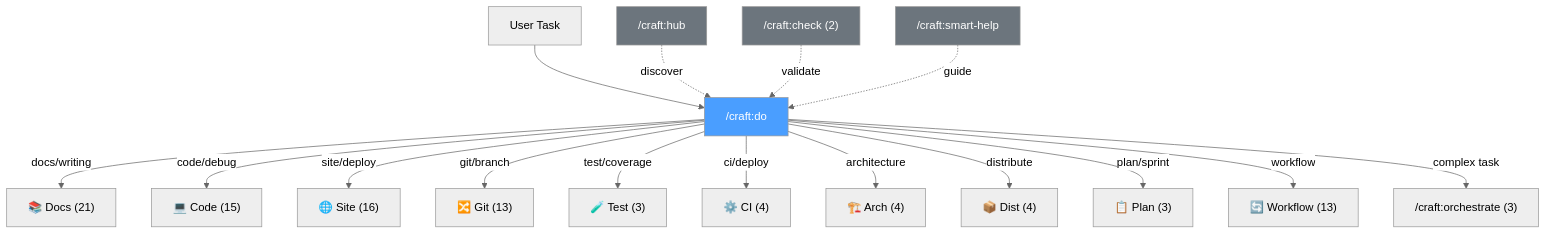
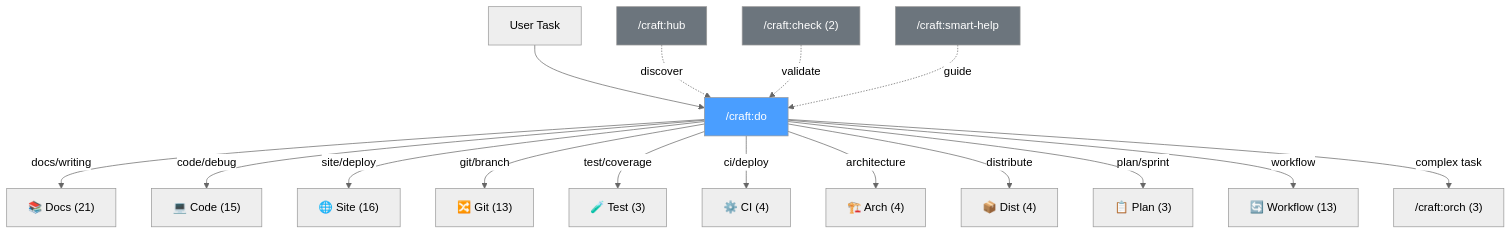
One commit to Data-Wise/craft changed the diagram in docs/commands/overview.md. Above: the diagram before and after it, drawn with Mermaid (neutral theme). The commit also changed other lines of this file and 98 other files, not shown here.

````diff
--- a/docs/commands/overview.md
+++ b/docs/commands/overview.md
@@ -14,24 +14,24 @@
 ```mermaid
 flowchart TD
     User["User Task"] --> Do["/craft:do"]
     Do --> |"docs/writing"| Docs["📚 Docs (21)"]
     Do --> |"code/debug"| Code["💻 Code (15)"]
     Do --> |"site/deploy"| Site["🌐 Site (16)"]
     Do --> |"git/branch"| Git["🔀 Git (13)"]
     Do --> |"test/coverage"| Test["🧪 Test (3)"]
     Do --> |"ci/deploy"| CI["⚙️ CI (4)"]
     Do --> |"architecture"| Arch["🏗️ Arch (4)"]
     Do --> |"distribute"| Dist["📦 Dist (4)"]
     Do --> |"plan/sprint"| Plan["📋 Plan (3)"]
     Do --> |"workflow"| WF["🔄 Workflow (13)"]
-    Do --> |"complex task"| Orch["/craft:orchestrate (3)"]
+    Do --> |"complex task"| Orch["/craft:orch (3)"]
 
     Hub["/craft:hub"] -.-> |"discover"| Do
     Check["/craft:check (2)"] -.-> |"validate"| Do
     Smart["/craft:smart-help"] -.-> |"guide"| Do
 
     style Do fill:#4a9eff,color:#fff
     style Hub fill:#6c757d,color:#fff
     style Check fill:#6c757d,color:#fff
     style Smart fill:#6c757d,color:#fff
 ```
````
